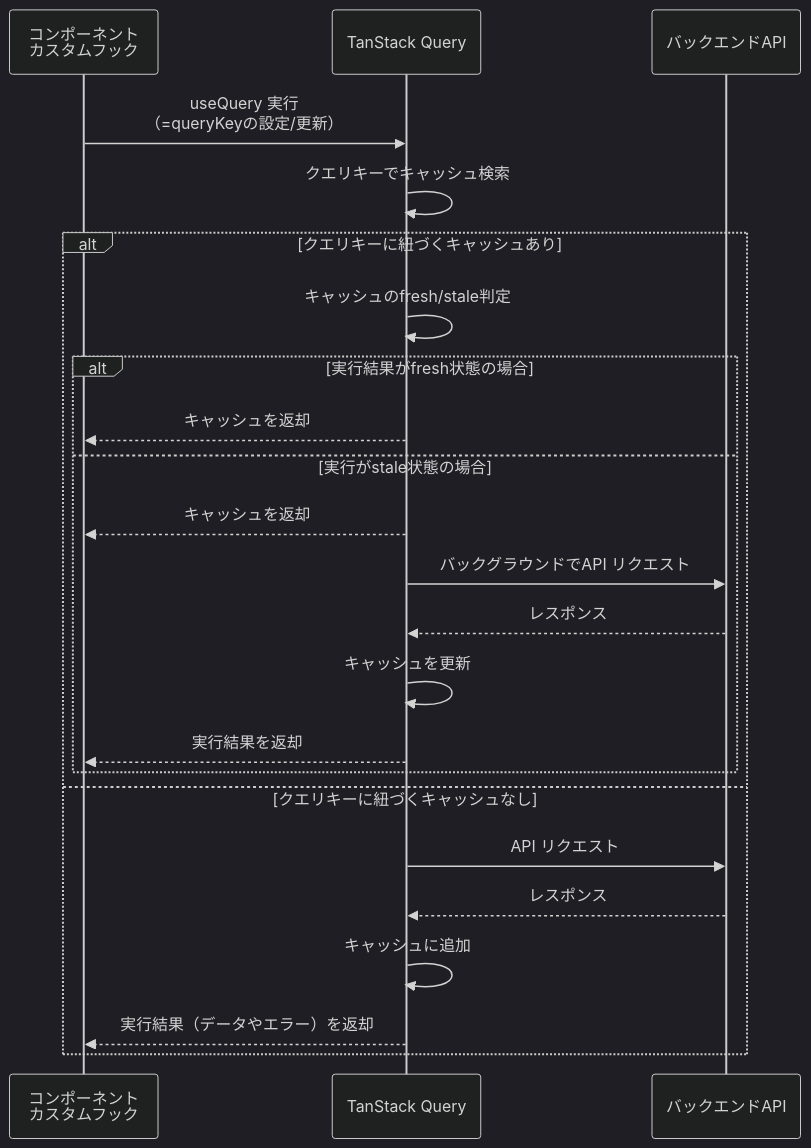
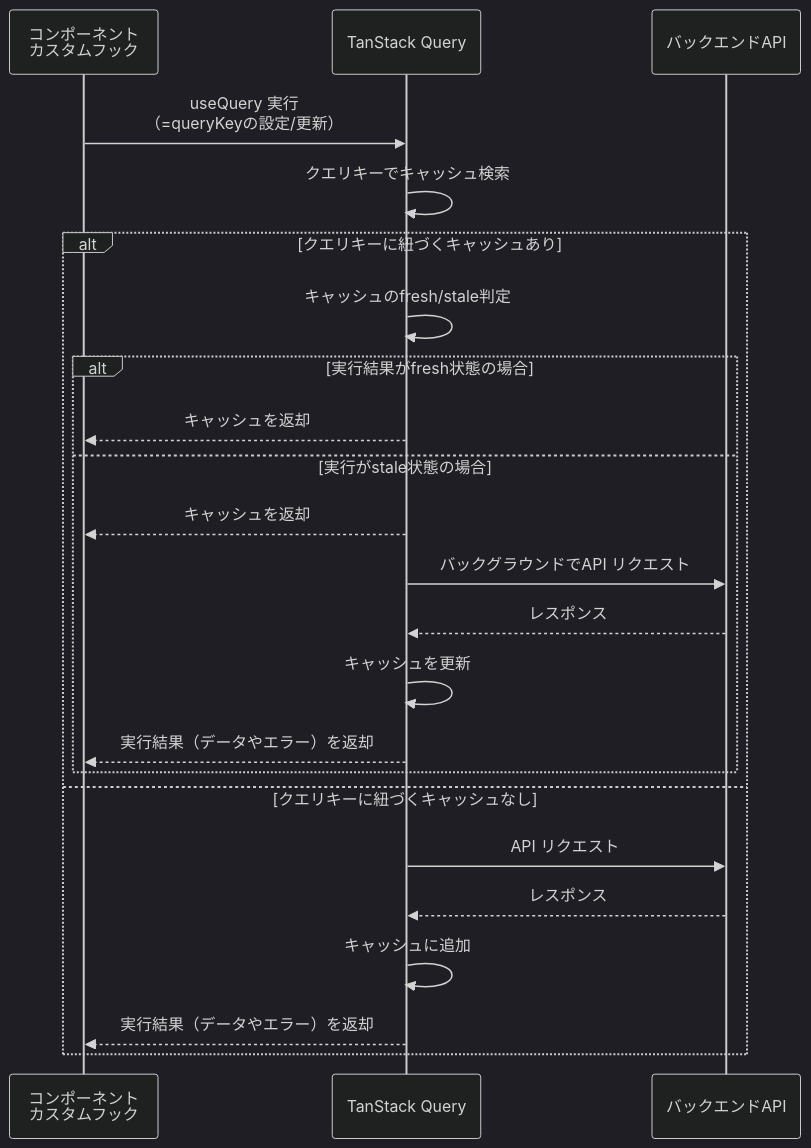
Before and after one commit to daisuke0412/react-sample: the first of 4 diagrams in docs/guide/7.TanstackQuery.md, drawn with Mermaid (dark theme). The commit also changed other lines of this file and 5 other files, not shown here.

```diff
--- a/docs/guide/7.TanstackQuery.md
+++ b/docs/guide/7.TanstackQuery.md
@@ -166,26 +164,26 @@
 ::: mermaid
 sequenceDiagram
   participant Component as コンポーネント<br>カスタムフック
   participant TQ as TanStack Query
   participant API as バックエンドAPI
 
   Component->>TQ: useQuery 実行<br>（=queryKeyの設定/更新）
   TQ->>TQ: クエリキーでキャッシュ検索
   alt クエリキーに紐づくキャッシュあり
     TQ->>TQ: キャッシュのfresh/stale判定
     alt 実行結果がfresh状態の場合
       TQ-->>Component: キャッシュを返却
     else 実行がstale状態の場合
       TQ-->>Component: キャッシュを返却
       TQ->>API: バックグラウンドでAPI リクエスト
       API-->>TQ: レスポンス
       TQ->>TQ: キャッシュを更新
-      TQ-->>Component: 実行結果を返却
+      TQ-->>Component: 実行結果（データやエラー）を返却
     end
   else クエリキーに紐づくキャッシュなし
     TQ->>API: API リクエスト
     API-->>TQ: レスポンス
     TQ->>TQ: キャッシュに追加
     TQ-->>Component: 実行結果（データやエラー）を返却
   end
 :::
```
